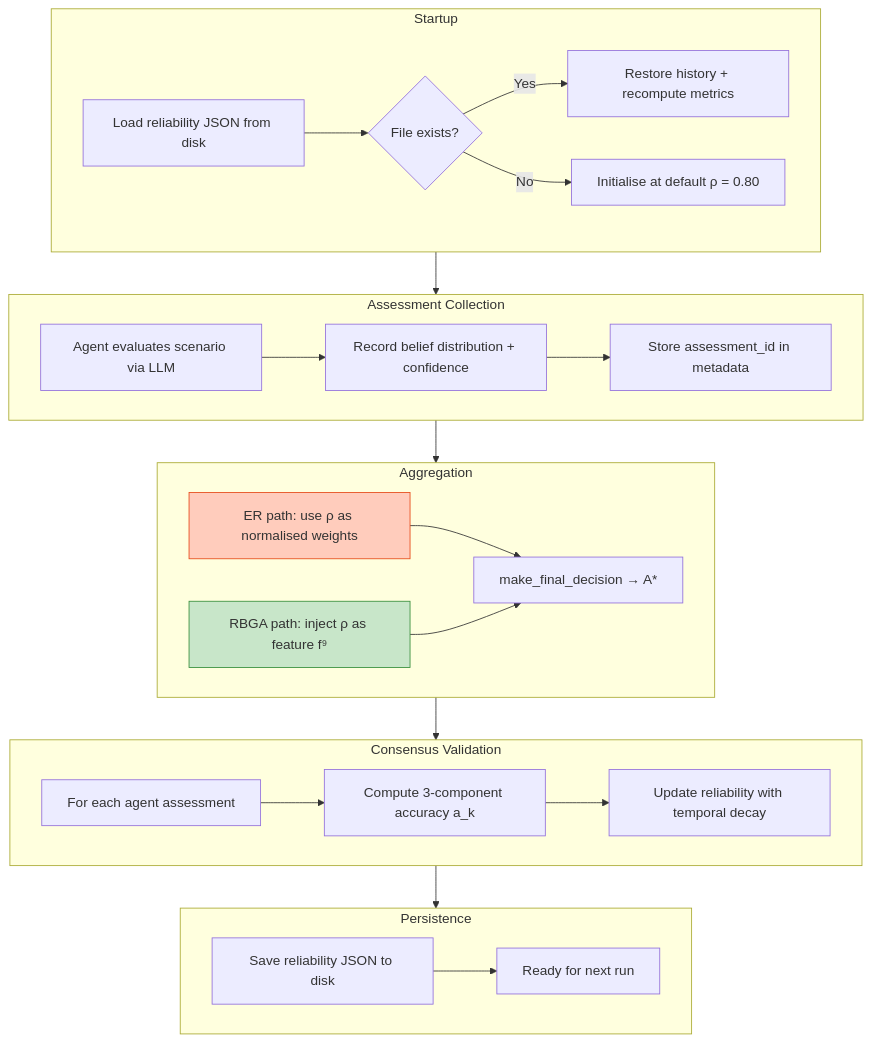
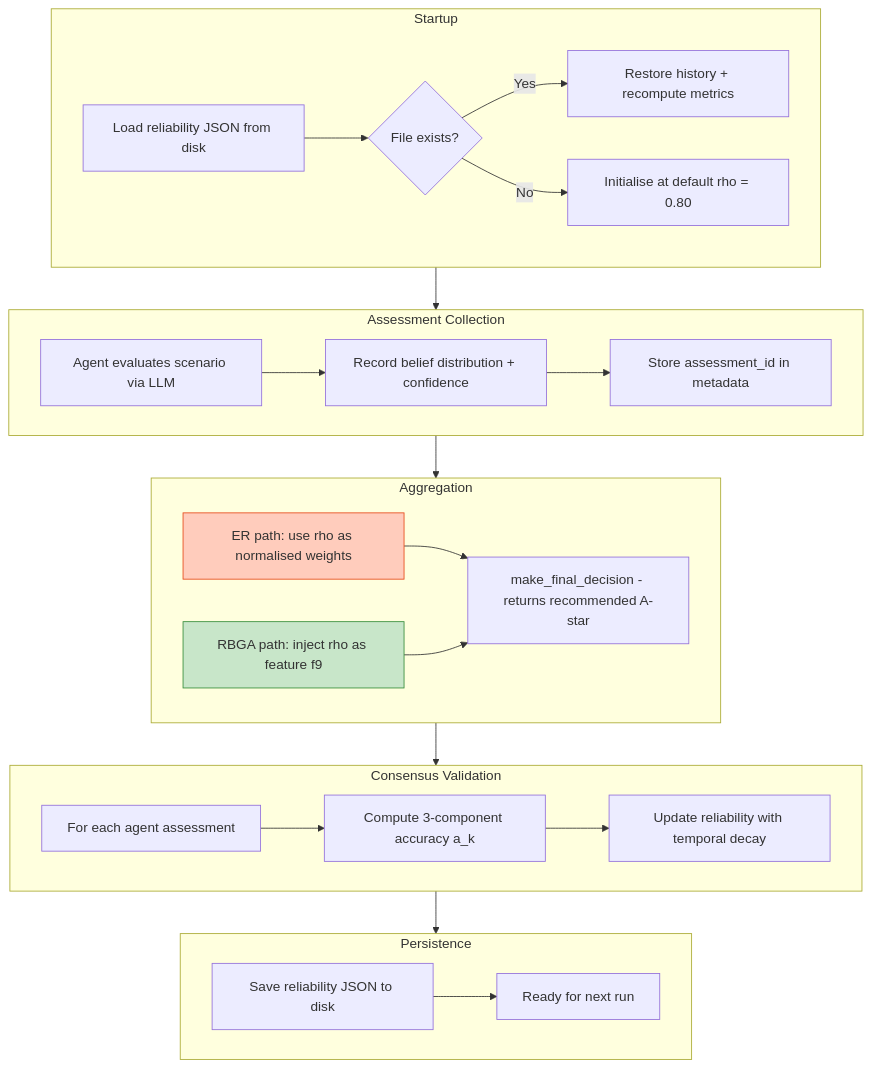
Before and after one commit to kerbgr/crisis_mas_poc: the fourth of 7 diagrams in academic_journal_draft_long version.md, drawn with Mermaid. The commit also changed other lines of this file, not shown here.

Commit message:
mermaid and latex

````diff
--- a/academic_journal_draft_long version.md
+++ b/academic_journal_draft_long version.md
@@ -394,43 +394,43 @@
 ```mermaid
 flowchart TB
     subgraph INIT["Startup"]
         LOAD[Load reliability JSON from disk]
         CHECK{File exists?}
         RESTORE[Restore history + recompute metrics]
-        FRESH[Initialise at default ρ = 0.80]
+        FRESH[Initialise at default rho = 0.80]
         LOAD --> CHECK
         CHECK -->|Yes| RESTORE
         CHECK -->|No| FRESH
     end
 
     subgraph COLLECT["Assessment Collection"]
         EVAL[Agent evaluates scenario via LLM]
         RECORD[Record belief distribution + confidence]
         STASH[Store assessment_id in metadata]
         EVAL --> RECORD --> STASH
     end
 
     subgraph DECIDE["Aggregation"]
-        ER_W[ER path: use ρ as normalised weights]
-        GAT_F[RBGA path: inject ρ as feature f⁹]
-        FINAL[make_final_decision → A*]
+        ER_W[ER path: use rho as normalised weights]
+        GAT_F[RBGA path: inject rho as feature f9]
+        FINAL[make_final_decision - returns recommended A-star]
         ER_W & GAT_F --> FINAL
     end
 
     subgraph VALIDATE["Consensus Validation"]
         LOOP[For each agent assessment]
         SCORE[Compute 3-component accuracy a_k]
         UPDATE[Update reliability with temporal decay]
         LOOP --> SCORE --> UPDATE
     end
 
     subgraph PERSIST["Persistence"]
         SAVE[Save reliability JSON to disk]
         SAVE --> DONE[Ready for next run]
     end
 
     INIT --> COLLECT --> DECIDE --> VALIDATE --> PERSIST
 
     style ER_W fill:#ffccbc,stroke:#e64a19
     style GAT_F fill:#c8e6c9,stroke:#388e3c
 ```
````
